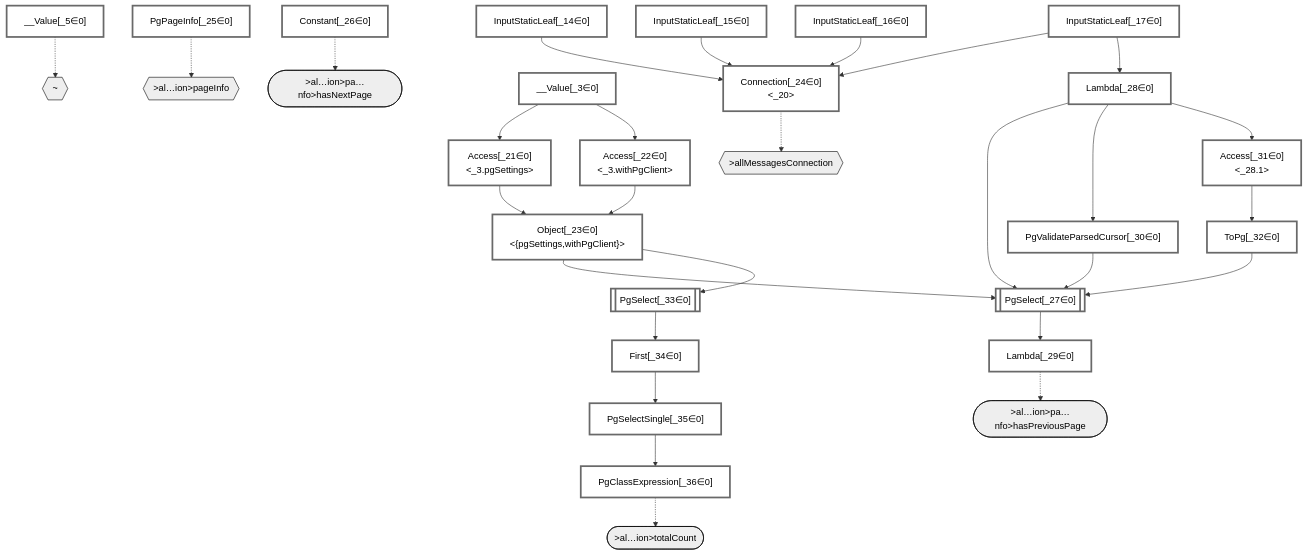
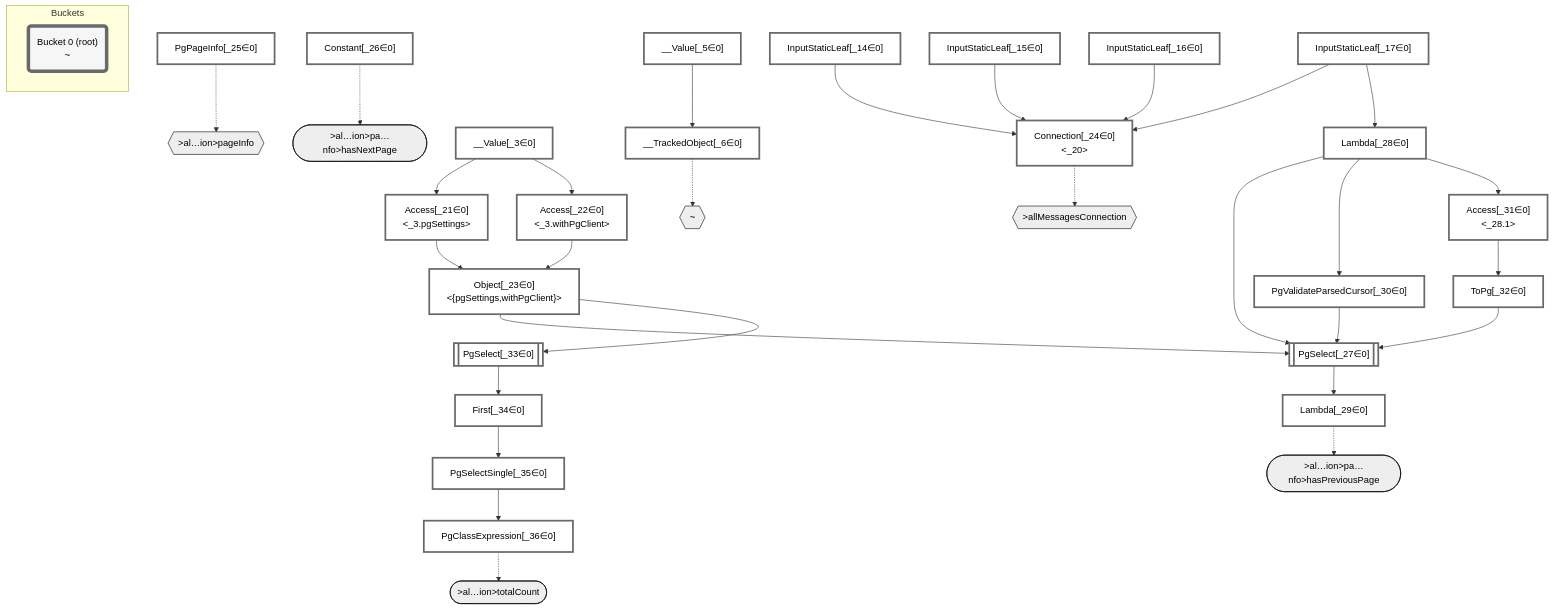
Before and after one commit to graphile/crystal: the diagram in packages/dataplan-pg/__tests__/queries/connections/pagination-before-last-pagination-only.deopt.mermaid.md, drawn with Mermaid. The commit also changed 195 other files, not shown here.

````diff
--- a/packages/dataplan-pg/__tests__/queries/connections/pagination-before-last-pagination-only.deopt.mermaid.md
+++ b/packages/dataplan-pg/__tests__/queries/connections/pagination-before-last-pagination-only.deopt.mermaid.md
@@ -4,6 +4,7 @@
     classDef plan fill:#fff,stroke-width:3px,color:#000
     classDef itemplan fill:#fff,stroke-width:6px,color:#000
     classDef sideeffectplan fill:#f00,stroke-width:6px,color:#000
+    classDef bucket fill:#f6f6f6,color:#000,stroke-width:6px
 
     %% subgraph fields
     P1{{"~"}}:::path
@@ -22,6 +23,7 @@
     %% define plans
     __Value_3["__Value[_3∈0]<br /><context>"]:::plan
     __Value_5["__Value[_5∈0]<br /><rootValue>"]:::plan
+    __TrackedObject_6["__TrackedObject[_6∈0]"]:::plan
     InputStaticLeaf_14["InputStaticLeaf[_14∈0]"]:::plan
     InputStaticLeaf_15["InputStaticLeaf[_15∈0]"]:::plan
     InputStaticLeaf_16["InputStaticLeaf[_16∈0]"]:::plan
@@ -44,6 +46,7 @@
     PgClassExpression_36["PgClassExpression[_36∈0]<br /><count(*)>"]:::plan
 
     %% plan dependencies
+    __Value_5 --> __TrackedObject_6
     __Value_3 --> Access_21
     __Value_3 --> Access_22
     Access_21 --> Object_23
@@ -67,7 +70,7 @@
     PgSelectSingle_35 --> PgClassExpression_36
 
     %% plan-to-path relationships
-    __Value_5 -.-> P1
+    __TrackedObject_6 -.-> P1
     Connection_24 -.-> P2
     PgPageInfo_25 -.-> P3
     Constant_26 -.-> P4
@@ -76,5 +79,10 @@
 
     %% allocate buckets
     classDef bucket0 stroke:#696969
-    class __Value_3,__Value_5,InputStaticLeaf_14,InputStaticLeaf_15,InputStaticLeaf_16,InputStaticLeaf_17,Access_21,Access_22,Object_23,Connection_24,PgPageInfo_25,Constant_26,PgSelect_27,Lambda_28,Lambda_29,PgValidateParsedCursor_30,Access_31,ToPg_32,PgSelect_33,First_34,PgSelectSingle_35,PgClassExpression_36 bucket0
+    class __Value_3,__Value_5,__TrackedObject_6,InputStaticLeaf_14,InputStaticLeaf_15,InputStaticLeaf_16,InputStaticLeaf_17,Access_21,Access_22,Object_23,Connection_24,PgPageInfo_25,Constant_26,PgSelect_27,Lambda_28,Lambda_29,PgValidateParsedCursor_30,Access_31,ToPg_32,PgSelect_33,First_34,PgSelectSingle_35,PgClassExpression_36 bucket0
+
+    subgraph Buckets
+    Bucket0("Bucket 0 (root)<br />~"):::bucket
+    style Bucket0 stroke:#696969
+    end
 ```
````
